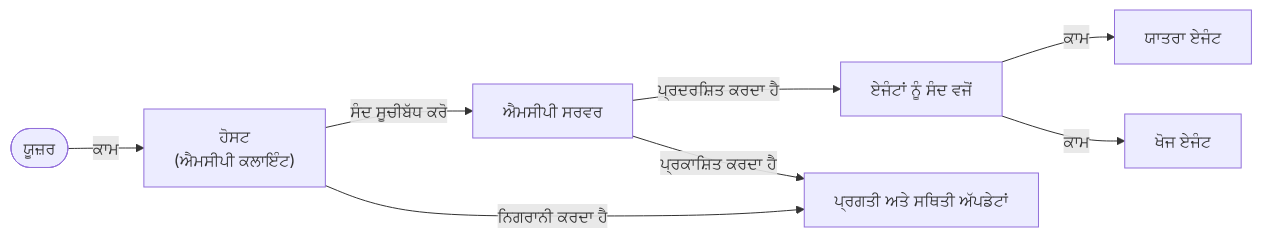
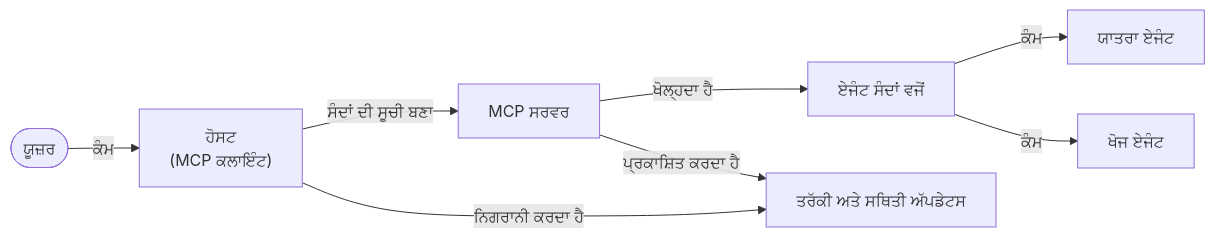
Before and after one commit to gabrielmoreira/agent-skills-mirror: the fifth of 5 diagrams in mirrors/repos/microsoft@ai-agents-for-beginners/translations/pa/11-agentic-protocols/code_samples/mcp-agents/README.md, drawn with Mermaid. The commit also changed other lines of this file and 4262 other files, not shown here.

````diff
--- a/mirrors/repos/microsoft@ai-agents-for-beginners/translations/pa/11-agentic-protocols/code_samples/mcp-agents/README.md
+++ b/mirrors/repos/microsoft@ai-agents-for-beginners/translations/pa/11-agentic-protocols/code_samples/mcp-agents/README.md
@@ -433,15 +448,15 @@
 ```mermaid
 graph LR
-    User([ਯੂਜ਼ਰ]) -->|"ਕਾਮ"| Host["ਹੋਸਟ<br/>(ਐਮਸੀਪੀ ਕਲਾਇੰਟ)"]
-    Host -->|ਸੰਦ ਸੂਚੀਬੱਧ ਕਰੋ| Server[ਐਮਸੀਪੀ ਸਰਵਰ]
-    Server -->|ਪ੍ਰਦਰਸ਼ਿਤ ਕਰਦਾ ਹੈ| AgentsTools[ਏਜੰਟਾਂ ਨੂੰ ਸੰਦ ਵਜੋਂ]
-    AgentsTools -->|ਕਾਮ| AgentA[ਯਾਤਰਾ ਏਜੰਟ]
-    AgentsTools -->|ਕਾਮ| AgentB[ਖੋਜ ਏਜੰਟ]
+    User([ਯੂਜ਼ਰ]) -->|"ਕੰਮ"| Host["ਹੋਸਟ<br/>(MCP ਕਲਾਇੰਟ)"]
+    Host -->|ਸੰਦਾਂ ਦੀ ਸੂਚੀ ਬਣਾ| Server[MCP ਸਰਵਰ]
+    Server -->|ਖੋਲ੍ਹਦਾ ਹੈ| AgentsTools[ਏਜੰਟ ਸੰਦਾਂ ਵਜੋਂ]
+    AgentsTools -->|ਕੰਮ| AgentA[ਯਾਤਰਾ ਏਜੰਟ]
+    AgentsTools -->|ਕੰਮ| AgentB[ਖੋਜ ਏਜੰਟ]
 
-    Host -->|ਨਿਗਰਾਨੀ ਕਰਦਾ ਹੈ| StateUpdates[ਪ੍ਰਗਤੀ ਅਤੇ ਸਥਿਤੀ ਅੱਪਡੇਟਾਂ]
+    Host -->|ਨਿਗਰਾਨੀ ਕਰਦਾ ਹੈ| StateUpdates[ਤਰੱਕੀ ਅਤੇ ਸਥਿਤੀ ਅੱਪਡੇਟਸ]
     Server -->|ਪ੍ਰਕਾਸ਼ਿਤ ਕਰਦਾ ਹੈ| StateUpdates
 
     class User user;
     class AgentA,AgentB agent;
     class Host,Server,StateUpdates core;
 ```
````
